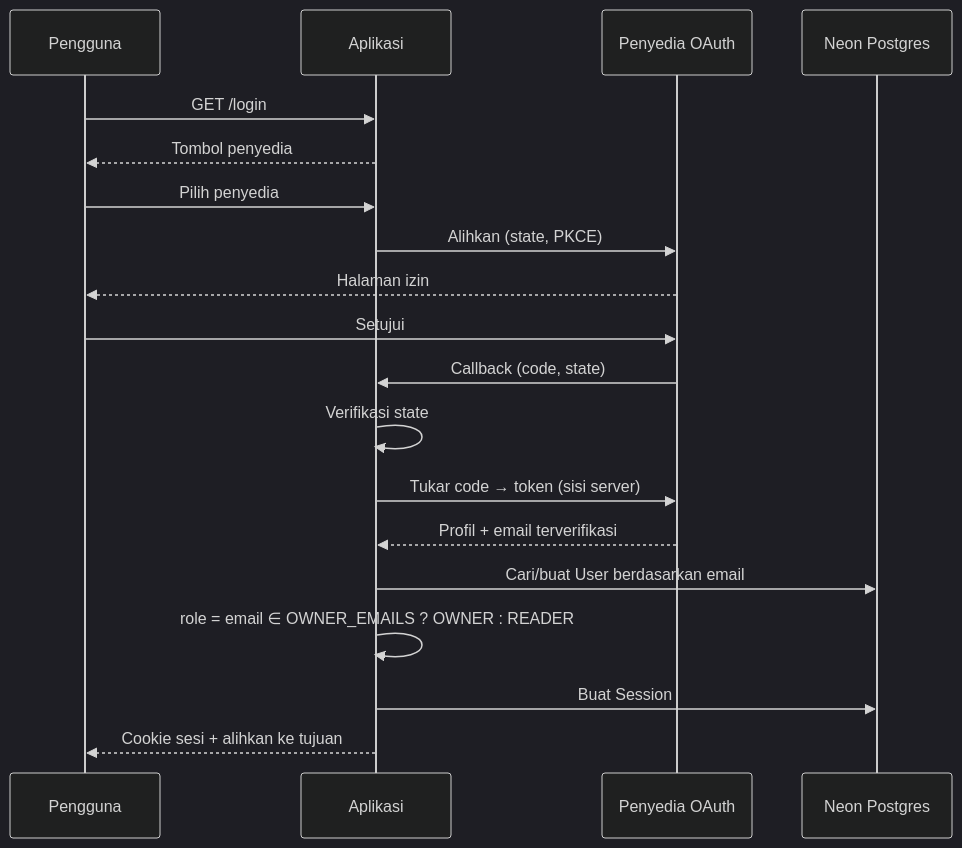
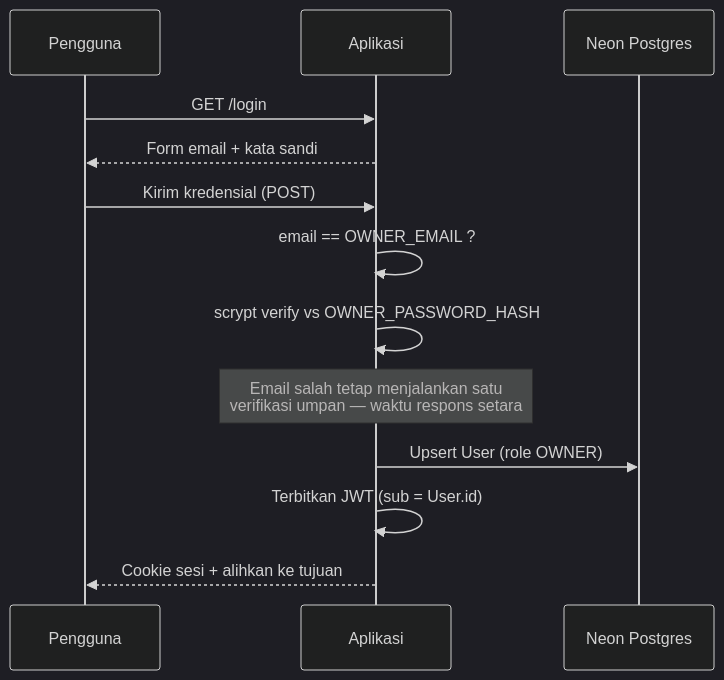
One commit to reyfuu/blogspot changed the third of 4 diagrams in docs/TRD.md. Above: the diagram before and after it, drawn with Mermaid (dark theme). The commit also changed other lines of this file and 15 other files, not shown here.

First line of the commit message:
feat!: ganti OAuth GitHub dengan login email + kata sandi owner

````diff
--- a/docs/TRD.md
+++ b/docs/TRD.md
@@ -432,22 +427,16 @@
 ```mermaid
 sequenceDiagram
     participant U as Pengguna
     participant A as Aplikasi
-    participant P as Penyedia OAuth
     participant D as Neon Postgres
 
     U->>A: GET /login
-    A-->>U: Tombol penyedia
-    U->>A: Pilih penyedia
-    A->>P: Alihkan (state, PKCE)
-    P-->>U: Halaman izin
-    U->>P: Setujui
-    P->>A: Callback (code, state)
-    A->>A: Verifikasi state
-    A->>P: Tukar code → token (sisi server)
-    P-->>A: Profil + email terverifikasi
-    A->>D: Cari/buat User berdasarkan email
-    A->>A: role = email ∈ OWNER_EMAILS ? OWNER : READER
-    A->>D: Buat Session
+    A-->>U: Form email + kata sandi
+    U->>A: Kirim kredensial (POST)
+    A->>A: email == OWNER_EMAIL ?
+    A->>A: scrypt verify vs OWNER_PASSWORD_HASH
+    Note over A: Email salah tetap menjalankan satu<br/>verifikasi umpan — waktu respons setara
+    A->>D: Upsert User (role OWNER)
+    A->>A: Terbitkan JWT (sub = User.id)
     A-->>U: Cookie sesi + alihkan ke tujuan
 ```
````
